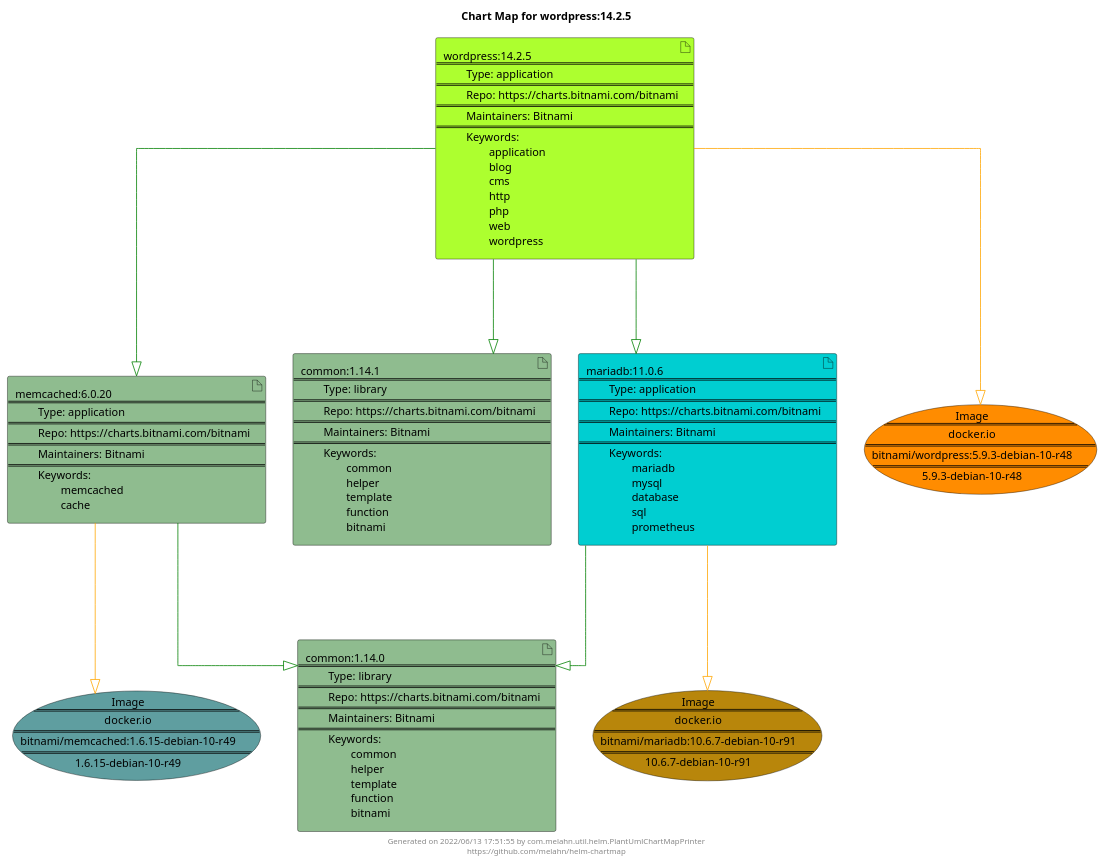
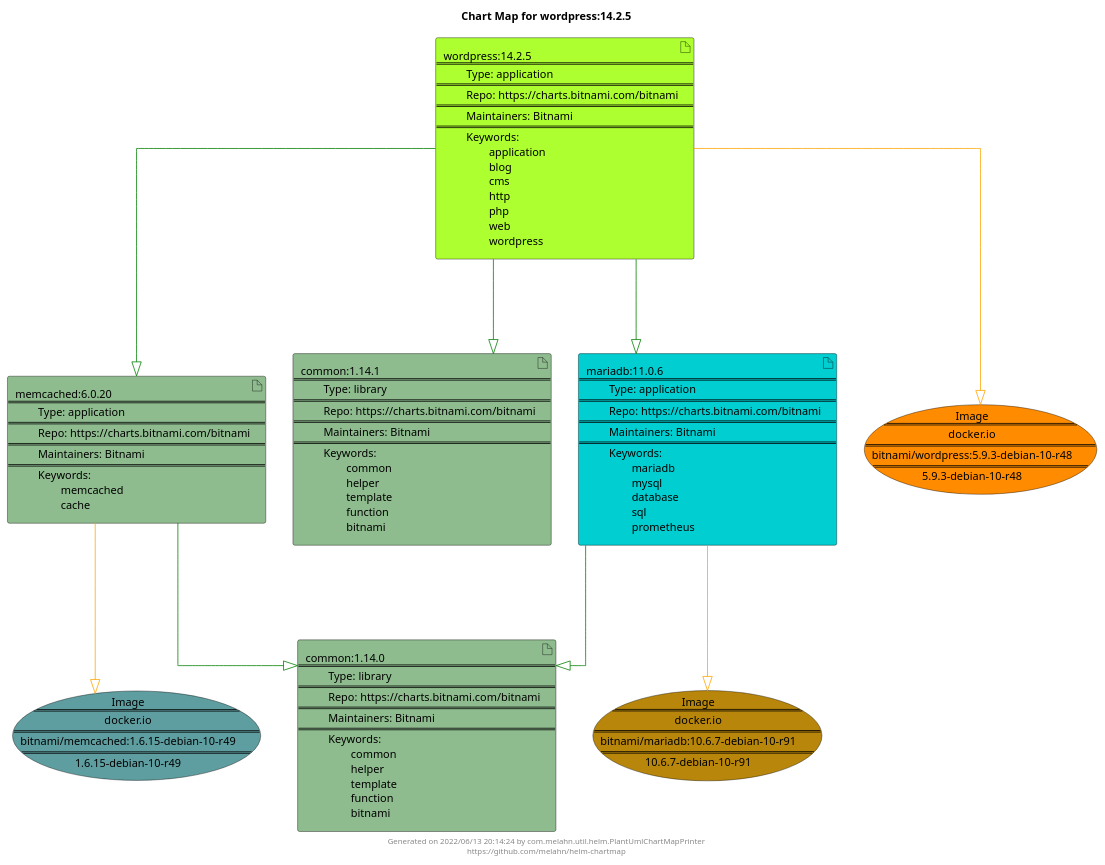
The diagram in docs/wordpress/wordpress-14.2.5.puml (melahn/helm-chartmap), drawn with PlantUML before and after one commit. The commit also changed 59 other files, not shown here.

Commit message:
Update Example Chart Maps as part of GitHub build

```diff
--- a/docs/wordpress/wordpress-14.2.5.puml
+++ b/docs/wordpress/wordpress-14.2.5.puml
@@ -1,34 +1,34 @@
 @startuml
 skinparam linetype ortho
 skinparam backgroundColor white
 skinparam usecaseBorderColor black
 skinparam usecaseArrowColor LightSlateGray
 skinparam artifactBorderColor black
 skinparam artifactArrowColor LightSlateGray
 
 title Chart Map for wordpress:14.2.5
 
 'There are 5 referenced Helm Charts
 artifact "memcached:6.0.20\n====\n\tType: application\n====\n\tRepo: https://charts.bitnami.com/bitnami\n====\n\tMaintainers: Bitnami\n====\n\tKeywords: \n\t\tmemcached\n\t\tcache" as memcached_6_0_20 #DarkSeaGreen
 artifact "common:1.14.0\n====\n\tType: library\n====\n\tRepo: https://charts.bitnami.com/bitnami\n====\n\tMaintainers: Bitnami\n====\n\tKeywords: \n\t\tcommon\n\t\thelper\n\t\ttemplate\n\t\tfunction\n\t\tbitnami" as common_1_14_0 #DarkSeaGreen
 artifact "wordpress:14.2.5\n====\n\tType: application\n====\n\tRepo: https://charts.bitnami.com/bitnami\n====\n\tMaintainers: Bitnami\n====\n\tKeywords: \n\t\tapplication\n\t\tblog\n\t\tcms\n\t\thttp\n\t\tphp\n\t\tweb\n\t\twordpress" as wordpress_14_2_5 #GreenYellow
 artifact "common:1.14.1\n====\n\tType: library\n====\n\tRepo: https://charts.bitnami.com/bitnami\n====\n\tMaintainers: Bitnami\n====\n\tKeywords: \n\t\tcommon\n\t\thelper\n\t\ttemplate\n\t\tfunction\n\t\tbitnami" as common_1_14_1 #DarkSeaGreen
 artifact "mariadb:11.0.6\n====\n\tType: application\n====\n\tRepo: https://charts.bitnami.com/bitnami\n====\n\tMaintainers: Bitnami\n====\n\tKeywords: \n\t\tmariadb\n\t\tmysql\n\t\tdatabase\n\t\tsql\n\t\tprometheus" as mariadb_11_0_6 #DarkTurquoise
 
 'There are 3 referenced Docker Images
 usecase "Image\n====\ndocker.io\n====\nbitnami/mariadb:10.6.7-debian-10-r91\n====\n10.6.7-debian-10-r91" as docker_io_bitnami_mariadb_10_6_7_debian_10_r91 #DarkGoldenRod
 usecase "Image\n====\ndocker.io\n====\nbitnami/wordpress:5.9.3-debian-10-r48\n====\n5.9.3-debian-10-r48" as docker_io_bitnami_wordpress_5_9_3_debian_10_r48 #Darkorange
 usecase "Image\n====\ndocker.io\n====\nbitnami/memcached:1.6.15-debian-10-r49\n====\n1.6.15-debian-10-r49" as docker_io_bitnami_memcached_1_6_15_debian_10_r49 #CadetBlue
 
 'Chart Dependencies
+wordpress_14_2_5--[#green]-|>common_1_14_1
+wordpress_14_2_5--[#green]-|>mariadb_11_0_6
+mariadb_11_0_6--[#green]-|>common_1_14_0
 wordpress_14_2_5--[#green]-|>memcached_6_0_20
 memcached_6_0_20--[#green]-|>common_1_14_0
-wordpress_14_2_5--[#green]-|>mariadb_11_0_6
-mariadb_11_0_6--[#green]-|>common_1_14_0
-wordpress_14_2_5--[#green]-|>common_1_14_1
 memcached_6_0_20--[#orange]-|>docker_io_bitnami_memcached_1_6_15_debian_10_r49
 wordpress_14_2_5--[#orange]-|>docker_io_bitnami_wordpress_5_9_3_debian_10_r48
 mariadb_11_0_6--[#orange]-|>docker_io_bitnami_mariadb_10_6_7_debian_10_r91
 
-center footer Generated on 2022/06/13 17:51:55 by com.melahn.util.helm.PlantUmlChartMapPrinter\nhttps://github.com/melahn/helm-chartmap
+center footer Generated on 2022/06/13 20:14:24 by com.melahn.util.helm.PlantUmlChartMapPrinter\nhttps://github.com/melahn/helm-chartmap
 @enduml
```
